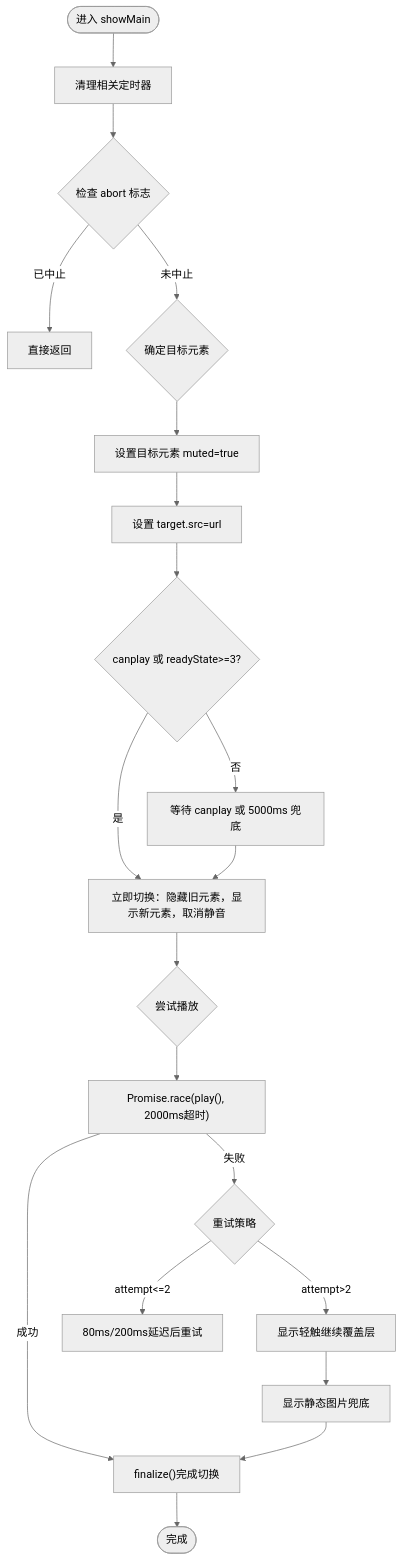
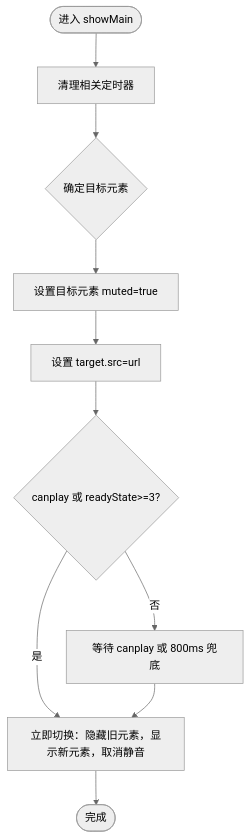
Before and after one commit to leo21cn/real-time-talk: the third of 6 diagrams in .qoder/repowiki/zh/content/前端应用/虚拟形象系统.md, drawn with Mermaid (neutral theme). The commit also changed other lines of this file and 21 other files, not shown here.

````diff
--- a/.qoder/repowiki/zh/content/前端应用/虚拟形象系统.md
+++ b/.qoder/repowiki/zh/content/前端应用/虚拟形象系统.md
@@ -204,22 +151,12 @@
 ```mermaid
 flowchart TD
 Start(["进入 showMain"]) --> ClearTimers["清理相关定时器"]
-ClearTimers --> CheckAbort{"检查 abort 标志"}
-CheckAbort --> |已中止| Return["直接返回"]
-CheckAbort --> |未中止| DecideTarget{"确定目标元素"}
+ClearTimers --> DecideTarget{"确定目标元素"}
 DecideTarget --> SetMuted["设置目标元素 muted=true"]
 SetMuted --> LoadSrc["设置 target.src=url"]
 LoadSrc --> CanPlay{"canplay 或 readyState>=3?"}
 CanPlay --> |是| Switch["立即切换：隐藏旧元素，显示新元素，取消静音"]
-CanPlay --> |否| WaitTimer["等待 canplay 或 5000ms 兜底"]
+CanPlay --> |否| WaitTimer["等待 canplay 或 800ms 兜底"]
 WaitTimer --> Switch
-Switch --> PlayAttempt{"尝试播放"}
-PlayAttempt --> RacePromise["Promise.race(play(), 2000ms超时)"]
-RacePromise --> |成功| Finalize["finalize()完成切换"]
-RacePromise --> |失败| Retry{"重试策略"}
-Retry --> |attempt<=2| Delay["80ms/200ms延迟后重试"]
-Retry --> |attempt>2| ShowOverlay["显示轻触继续覆盖层"]
-ShowOverlay --> StaticFallback["显示静态图片兜底"]
-StaticFallback --> Finalize
-Finalize --> End(["完成"])
+Switch --> End(["完成"])
 ```
````
